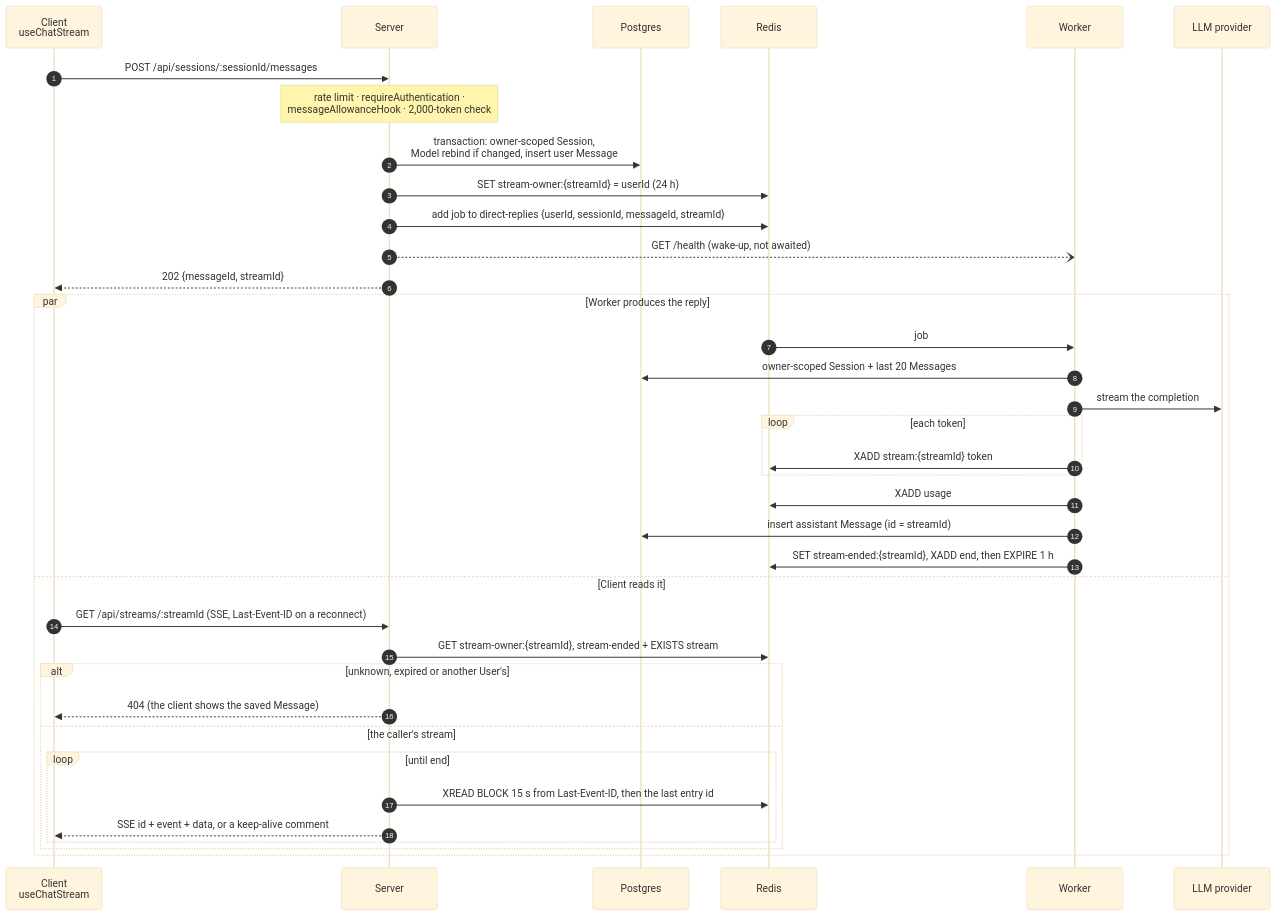
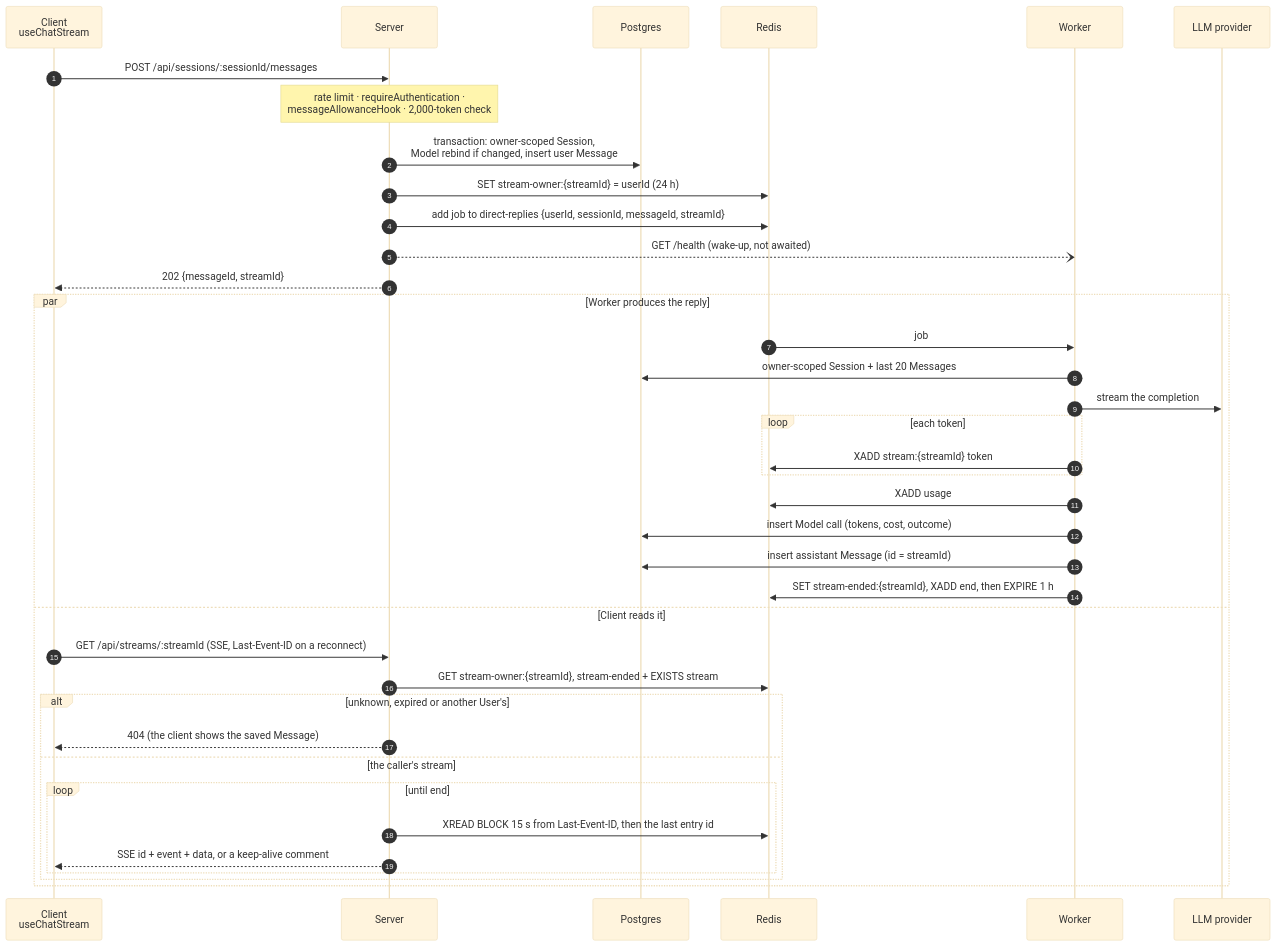
One commit to itsDaiton/nebula-chat changed the sixth of 8 diagrams in docs/architecture.md. Above: the diagram before and after it, drawn with Mermaid (base theme). The commit also changed other lines of this file and 16 other files, not shown here.

Commit message:
feat(worker): NEB-567 Model call ledger for Direct replies (#646)

````diff
--- a/docs/architecture.md
+++ b/docs/architecture.md
@@ -232,41 +249,42 @@
 ```mermaid
 sequenceDiagram
   autonumber
   participant C as Client<br/>useChatStream
   participant S as Server
   participant PG as Postgres
   participant R as Redis
   participant W as Worker
   participant L as LLM provider
 
   C->>S: POST /api/sessions/:sessionId/messages
   Note over S: rate limit · requireAuthentication ·<br/>messageAllowanceHook · 2,000-token check
   S->>PG: transaction: owner-scoped Session,<br/>Model rebind if changed, insert user Message
   S->>R: SET stream-owner:{streamId} = userId (24 h)
   S->>R: add job to direct-replies {userId, sessionId, messageId, streamId}
   S--)W: GET /health (wake-up, not awaited)
   S-->>C: 202 {messageId, streamId}
 
   par Worker produces the reply
     R->>W: job
     W->>PG: owner-scoped Session + last 20 Messages
     W->>L: stream the completion
     loop each token
       W->>R: XADD stream:{streamId} token
     end
     W->>R: XADD usage
+    W->>PG: insert Model call (tokens, cost, outcome)
     W->>PG: insert assistant Message (id = streamId)
     W->>R: SET stream-ended:{streamId}, XADD end, then EXPIRE 1 h
   and Client reads it
     C->>S: GET /api/streams/:streamId (SSE, Last-Event-ID on a reconnect)
     S->>R: GET stream-owner:{streamId}, stream-ended + EXISTS stream
     alt unknown, expired or another User's
       S-->>C: 404 (the client shows the saved Message)
     else the caller's stream
       loop until end
         S->>R: XREAD BLOCK 15 s from Last-Event-ID, then the last entry id
         S-->>C: SSE id + event + data, or a keep-alive comment
       end
     end
   end
 ```
````
